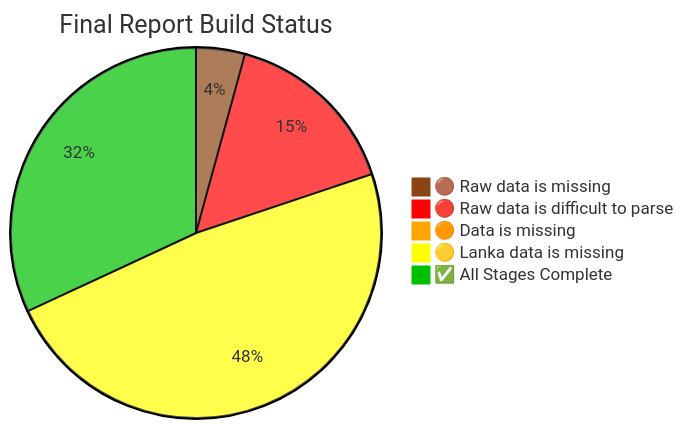
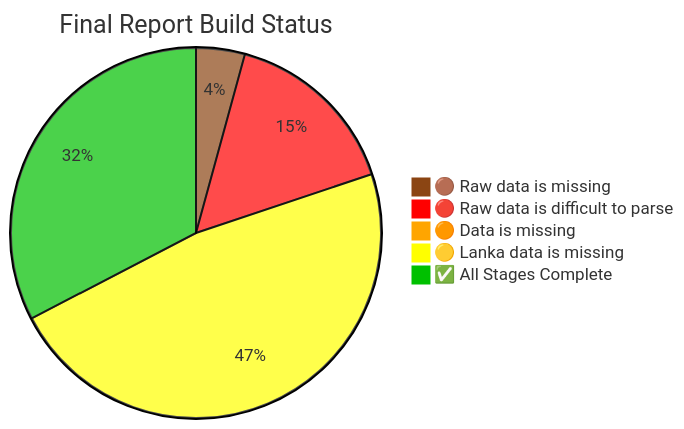
Before and after one commit to nuuuwan/lk_census_2024: the diagram in README.md, drawn with Mermaid. The commit also changed other lines of this file and 76 other files, not shown here.

Commit message:
Refactor JSON fields for consistency across multiple reports by removing redundant "lanka_data_pass" entries and ensuring "cell_class_name" is uniformly set to "Int". Added new data file for the percentage distribution of the population by age group from 1946 to 2024.

````diff
--- a/README.md
+++ b/README.md
@@ -220,9 +220,9 @@
 ```mermaid
 %%{init: {"theme": "base", "themeVariables": {"pie1": "#8B4513", "pie2": "#FF0000", "pie3": "#FFA500", "pie4": "#FFFF00", "pie5": "#00c000"}}}%%
 pie title Final Report Build Status
 "🟤 Raw data is missing" : 6
     "🔴 Raw data is difficult to parse" : 22
     "🟠 Data is missing" : 1
-    "🟡 Lanka data is missing" : 68
-    "✅ All Stages Complete" : 45
+    "🟡 Lanka data is missing" : 67
+    "✅ All Stages Complete" : 46
 ```
````
